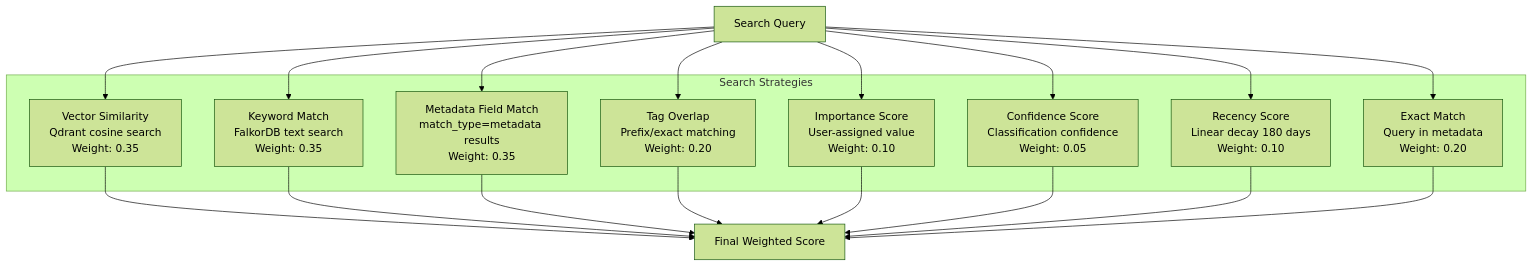
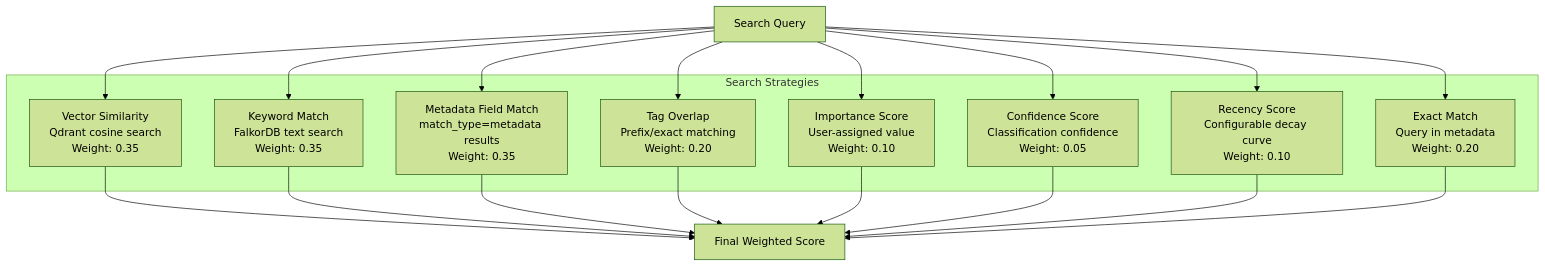
The second of 3 diagrams in src/content/docs/docs/core-concepts/hybrid-search.md (verygoodplugins/automem-website), drawn with Mermaid (forest theme) before and after one commit. The commit also changed other lines of this file, not shown here.

````diff
--- a/src/content/docs/docs/core-concepts/hybrid-search.md
+++ b/src/content/docs/docs/core-concepts/hybrid-search.md
@@ -67,35 +67,35 @@
 ```mermaid
 graph TB
     Query["Search Query"]
 
     subgraph "Search Strategies"
         Vector["Vector Similarity<br/>Qdrant cosine search<br/>Weight: 0.35"]
         Keyword["Keyword Match<br/>FalkorDB text search<br/>Weight: 0.35"]
         Metadata["Metadata Field Match<br/>match_type=metadata results<br/>Weight: 0.35"]
         Tag["Tag Overlap<br/>Prefix/exact matching<br/>Weight: 0.20"]
         Importance["Importance Score<br/>User-assigned value<br/>Weight: 0.10"]
         Confidence["Confidence Score<br/>Classification confidence<br/>Weight: 0.05"]
-        Recency["Recency Score<br/>Linear decay 180 days<br/>Weight: 0.10"]
+        Recency["Recency Score<br/>Configurable decay curve<br/>Weight: 0.10"]
         Exact["Exact Match<br/>Query in metadata<br/>Weight: 0.20"]
     end
 
     Result["Final Weighted Score"]
 
     Query --> Vector
     Query --> Keyword
     Query --> Metadata
     Query --> Tag
     Query --> Importance
     Query --> Confidence
     Query --> Recency
     Query --> Exact
 
     Vector --> Result
     Keyword --> Result
     Metadata --> Result
     Tag --> Result
     Importance --> Result
     Confidence --> Result
     Recency --> Result
     Exact --> Result
 ```
````
